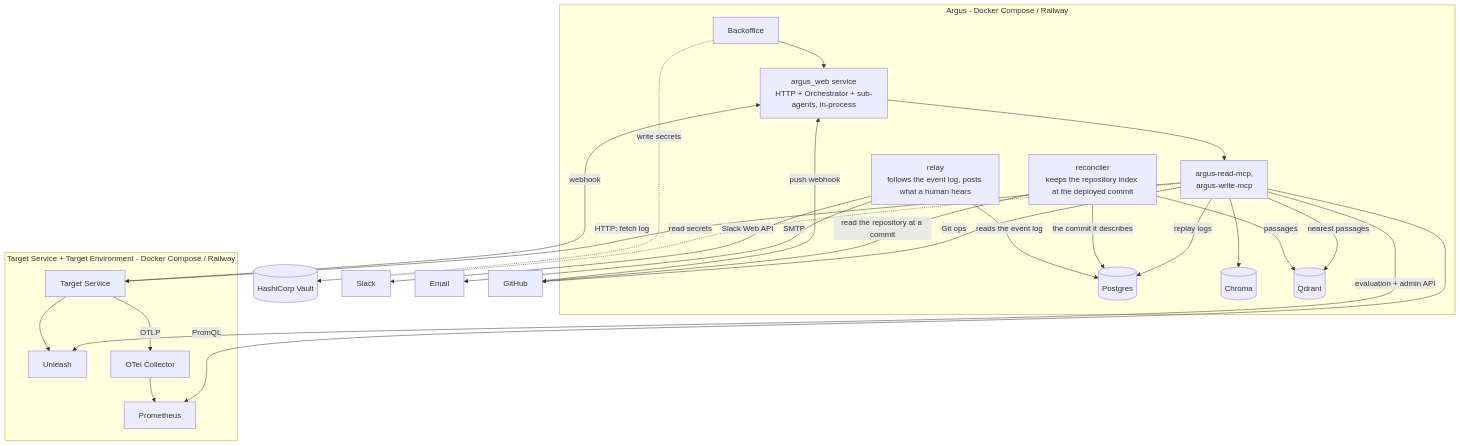
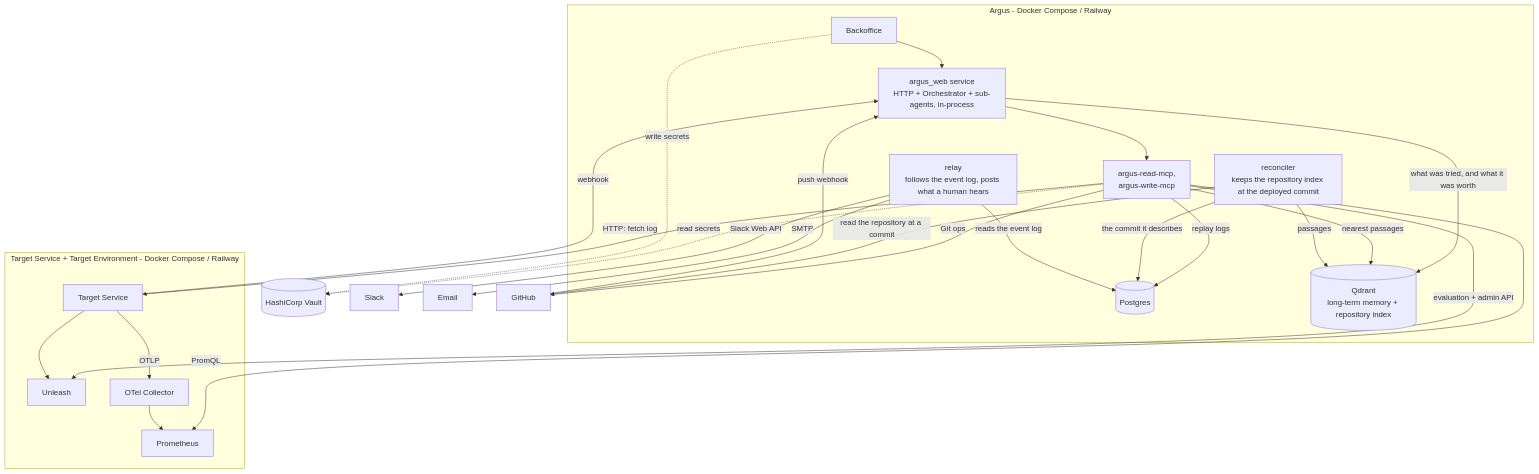
One commit to ohadraz/Argus changed the fifth of 5 diagrams in docs/spec-and-architecture.md. Above: the diagram before and after it, drawn with Mermaid. The commit also changed other lines of this file and 63 other files, not shown here.

Commit message:
what an incident tried, kept for the one that comes after it

````diff
--- a/docs/spec-and-architecture.md
+++ b/docs/spec-and-architecture.md
@@ -748,42 +773,41 @@
 ```mermaid
 flowchart TB
     subgraph ArgusDeploy["Argus - Docker Compose / Railway"]
         WEB[argus_web service<br/>HTTP + Orchestrator + sub-agents, in-process]
         MCPS[argus-read-mcp,<br/>argus-write-mcp]
         RELAY[relay<br/>follows the event log, posts what a human hears]
         PG[(Postgres)]
-        CHROMA[(Chroma)]
-        QDRANT[(Qdrant)]
+        QDRANT[(Qdrant<br/>long-term memory + repository index)]
         INDEXER[reconciler<br/>keeps the repository index at the deployed commit]
         BO[Backoffice]
     end
     subgraph TargetDeploy["Target Service + Target Environment - Docker Compose / Railway"]
         TS[Target Service]
         UNLEASH[Unleash]
         OTELCOL[OTel Collector]
         PROM[Prometheus]
     end
     VAULT[(HashiCorp Vault)]
 
     TS -->|webhook| WEB
     WEB --> MCPS
     MCPS -->|replay logs| PG
-    MCPS --> CHROMA
+    WEB -->|what was tried, and what it was worth| QDRANT
     MCPS -->|nearest passages| QDRANT
     INDEXER -->|passages| QDRANT
     INDEXER -->|the commit it describes| PG
     MCPS -->|evaluation + admin API| UNLEASH
     MCPS -->|PromQL| PROM
     MCPS -->|HTTP: fetch log| TS
     RELAY -->|reads the event log| PG
     RELAY -->|Slack Web API| ExternalSlack[Slack]
     RELAY -->|SMTP| ExternalMail[Email]
     MCPS -->|Git ops| ExternalGH[GitHub]
     INDEXER -->|read the repository at a commit| ExternalGH
     ExternalGH -->|push webhook| WEB
     MCPS -.->|read secrets| VAULT
     BO -.->|write secrets| VAULT
     TS --> UNLEASH
     TS -->|OTLP| OTELCOL --> PROM
     BO --> WEB
 ```
````
